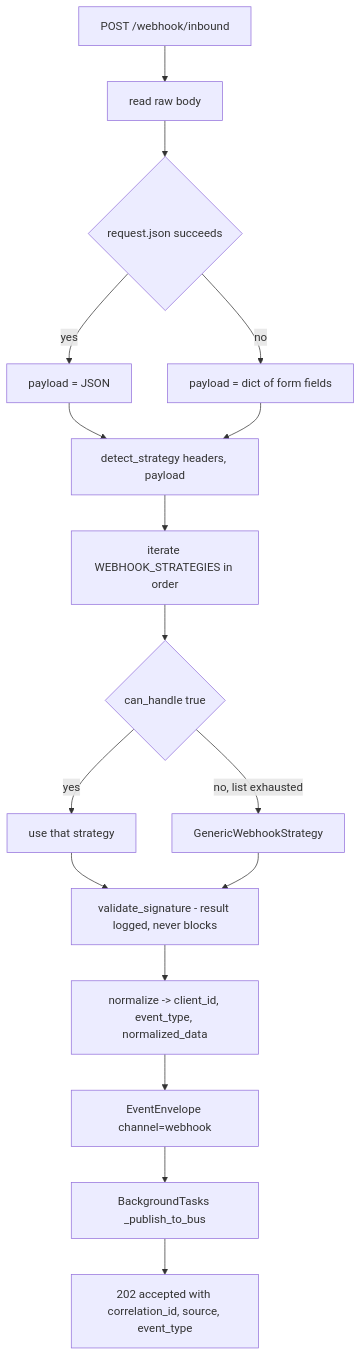
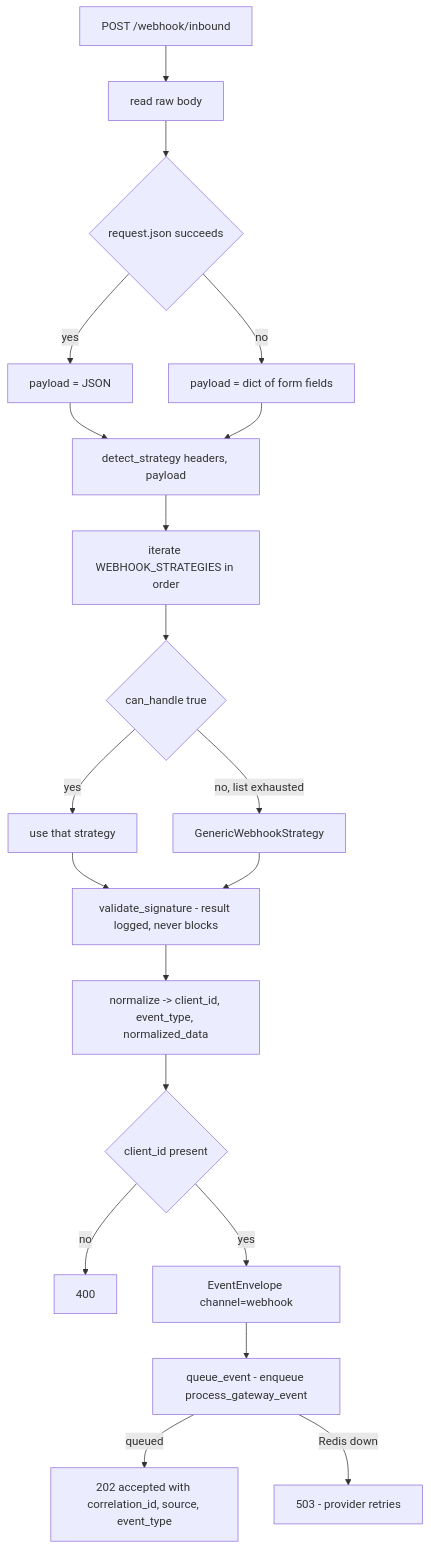
The eighth of 20 diagrams in docs/current/13-gateway-and-realtime.md (gondolerahul/hire-buddha-app), drawn with Mermaid before and after one commit. The commit also changed other lines of this file and 15 other files, not shown here.

````diff
--- a/docs/current/13-gateway-and-realtime.md
+++ b/docs/current/13-gateway-and-realtime.md
@@ -659,19 +551,22 @@
 ```mermaid
 flowchart TD
     IN["POST /webhook/inbound"] --> BODY["read raw body"]
     BODY --> PARSE{"request.json succeeds"}
     PARSE -->|yes| PJ["payload = JSON"]
     PARSE -->|no| PF["payload = dict of form fields"]
     PJ --> DET["detect_strategy headers, payload"]
     PF --> DET
     DET --> LOOP["iterate WEBHOOK_STRATEGIES in order"]
     LOOP --> HIT{"can_handle true"}
     HIT -->|yes| S["use that strategy"]
     HIT -->|no, list exhausted| G["GenericWebhookStrategy"]
     S --> SIG["validate_signature - result logged, never blocks"]
     G --> SIG
     SIG --> NORM["normalize -> client_id, event_type, normalized_data"]
-    NORM --> ENV["EventEnvelope channel=webhook"]
-    ENV --> BG["BackgroundTasks _publish_to_bus"]
-    BG --> R202["202 accepted with correlation_id, source, event_type"]
+    NORM --> CID{"client_id present"}
+    CID -->|no| R400["400"]
+    CID -->|yes| ENV["EventEnvelope channel=webhook"]
+    ENV --> QE["queue_event - enqueue process_gateway_event"]
+    QE -->|queued| R202["202 accepted with correlation_id, source, event_type"]
+    QE -->|Redis down| R503["503 - provider retries"]
 ```
````
